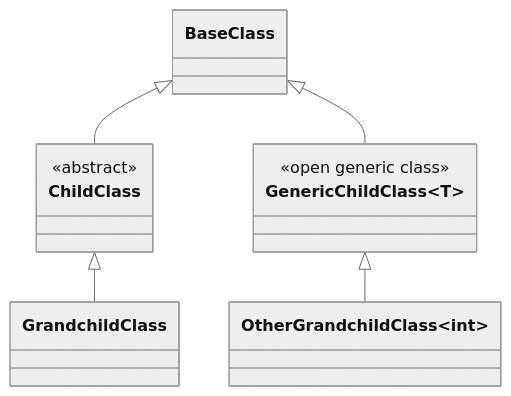
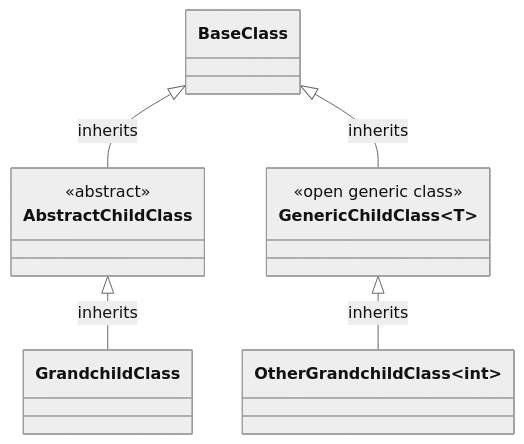
One commit to mrpmorris/Roslynject changed the diagram in Source/Docs/Filters/RegisterClassesDescendedFrom.md. Above: the diagram before and after it, drawn with Mermaid (neutral theme). The commit also changed other lines of this file, not shown here.

Commit message:
Update diagram

````diff
--- a/Source/Docs/Filters/RegisterClassesDescendedFrom.md
+++ b/Source/Docs/Filters/RegisterClassesDescendedFrom.md
@@ -21,15 +21,15 @@
 ```mermaid
 classDiagram
-   BaseClass <|-- ChildClass
-   BaseClass <|-- GenericChildClass~T~
-   ChildClass <|-- GrandchildClass
-   GenericChildClass <|-- OtherGrandchildClass~int~
+   BaseClass <|-- AbstractChildClass : inherits
+   BaseClass <|-- GenericChildClass~T~ : inherits
+   AbstractChildClass <|-- GrandchildClass : inherits
+   GenericChildClass <|-- OtherGrandchildClass~int~ : inherits
 
-   class ChildClass {
+   class AbstractChildClass {
        <<abstract>>
    }
 
    class GenericChildClass {
       <<open generic class>>
    }
 ```
````
